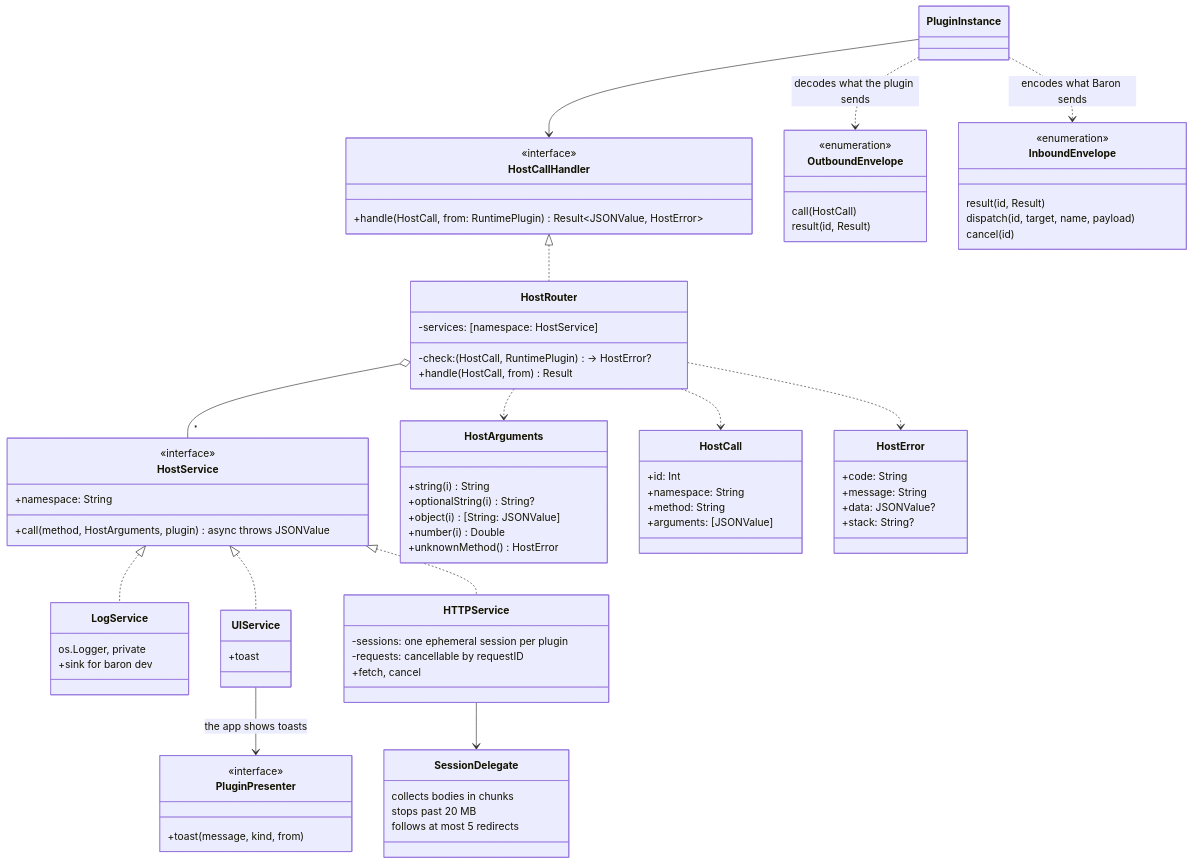
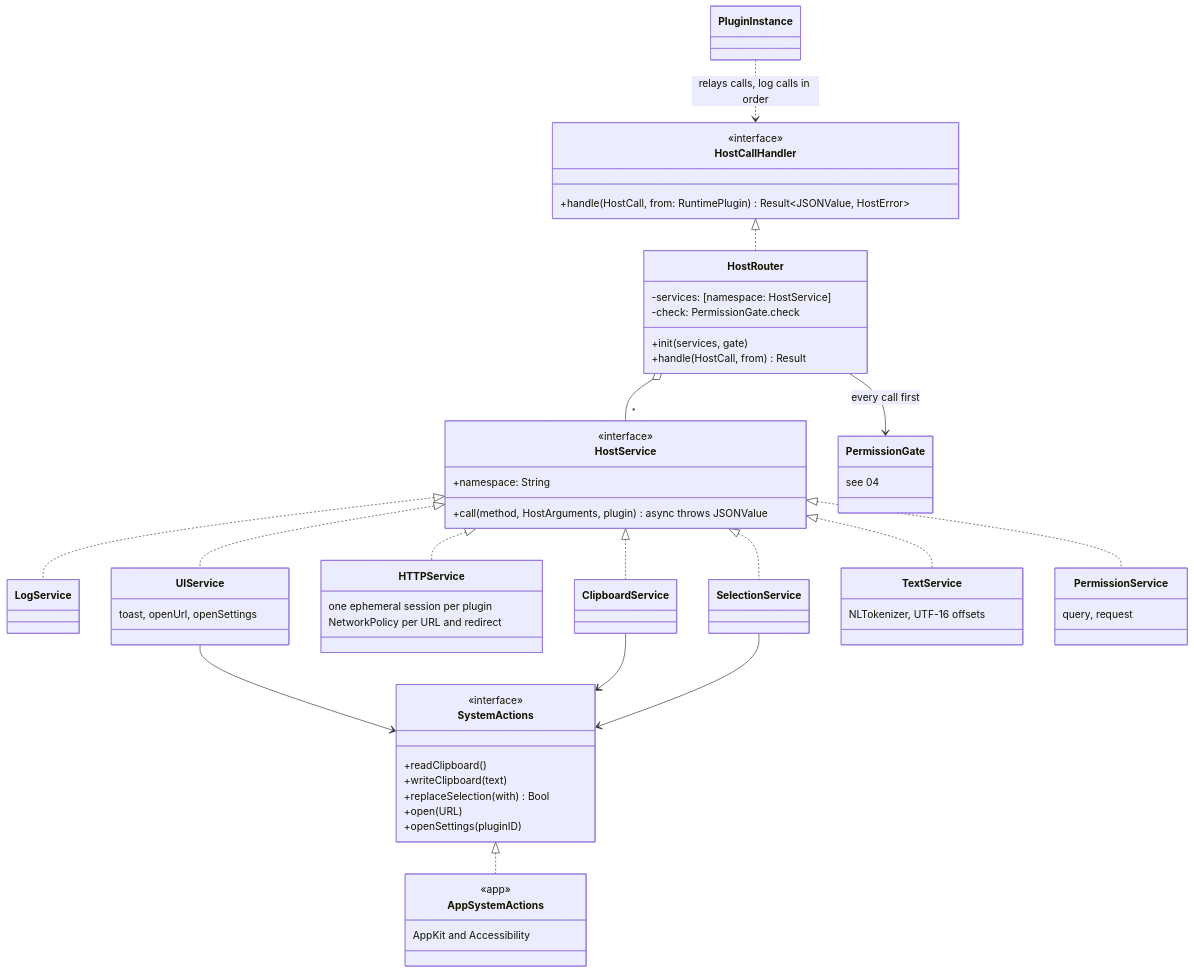
One commit to mx-in/ODH changed the first of 2 diagrams in docs/design/plugin-platform/03-host-api-and-ipc.md. Above: the diagram before and after it, drawn with Mermaid. The commit also changed other lines of this file and 3 other files, not shown here.

First line of the commit message:
docs(design): draw the host services and permissions as built in task-006

````diff
--- a/docs/design/plugin-platform/03-host-api-and-ipc.md
+++ b/docs/design/plugin-platform/03-host-api-and-ipc.md
@@ -147,81 +147,64 @@
 ```mermaid
 classDiagram
   class HostCallHandler {
     <<interface>>
     +handle(HostCall, from: RuntimePlugin) Result~JSONValue, HostError~
   }
   class HostRouter {
     -services: [namespace: HostService]
-    -check: (HostCall, RuntimePlugin) -> HostError?
+    -check: PermissionGate.check
+    +init(services, gate)
     +handle(HostCall, from) Result
   }
   class HostService {
     <<interface>>
     +namespace: String
     +call(method, HostArguments, plugin) async throws JSONValue
   }
-  class HostArguments {
-    +string(i) String
-    +optionalString(i) String?
-    +object(i) [String: JSONValue]
-    +number(i) Double
-    +unknownMethod() HostError
+  class SystemActions {
+    <<interface>>
+    +readClipboard()
+    +writeClipboard(text)
+    +replaceSelection(with) Bool
+    +open(URL)
+    +openSettings(pluginID)
   }
-  class HostCall {
-    +id: Int
-    +namespace: String
-    +method: String
-    +arguments: [JSONValue]
+  class AppSystemActions {
+    <<app>>
+    AppKit and Accessibility
   }
-  class HostError {
-    +code: String
-    +message: String
-    +data: JSONValue?
-    +stack: String?
-  }
-  class LogService {
-    os.Logger, private
-    +sink for baron dev
-  }
+  class LogService
   class UIService {
-    +toast
-  }
-  class PluginPresenter {
-    <<interface>>
-    +toast(message, kind, from)
+    toast, openUrl, openSettings
   }
   class HTTPService {
-    -sessions: one ephemeral session per plugin
-    -requests: cancellable by requestID
-    +fetch, cancel
+    one ephemeral session per plugin
+    NetworkPolicy per URL and redirect
   }
-  class SessionDelegate {
-    collects bodies in chunks
-    stops past 20 MB
-    follows at most 5 redirects
+  class ClipboardService
+  class SelectionService
+  class TextService {
+    NLTokenizer, UTF-16 offsets
   }
-  class OutboundEnvelope {
-    <<enumeration>>
-    call(HostCall)
-    result(id, Result)
+  class PermissionService {
+    query, request
   }
-  class InboundEnvelope {
-    <<enumeration>>
-    result(id, Result)
-    dispatch(id, target, name, payload)
-    cancel(id)
+  class PermissionGate {
+    see 04
   }
   HostCallHandler <|.. HostRouter
   HostRouter o-- "*" HostService
-  HostRouter ..> HostArguments
-  HostRouter ..> HostCall
-  HostRouter ..> HostError
+  HostRouter --> PermissionGate : every call first
   HostService <|.. LogService
   HostService <|.. UIService
   HostService <|.. HTTPService
-  UIService --> PluginPresenter : the app shows toasts
-  HTTPService --> SessionDelegate
-  PluginInstance ..> OutboundEnvelope : decodes what the plugin sends
-  PluginInstance ..> InboundEnvelope : encodes what Baron sends
-  PluginInstance --> HostCallHandler
+  HostService <|.. ClipboardService
+  HostService <|.. SelectionService
+  HostService <|.. TextService
+  HostService <|.. PermissionService
+  UIService --> SystemActions
+  ClipboardService --> SystemActions
+  SelectionService --> SystemActions
+  SystemActions <|.. AppSystemActions
+  PluginInstance ..> HostCallHandler : relays calls, log calls in order
 ```
````
